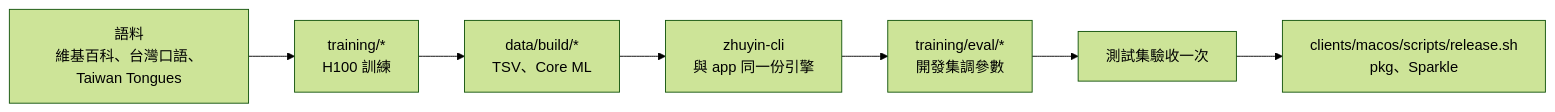
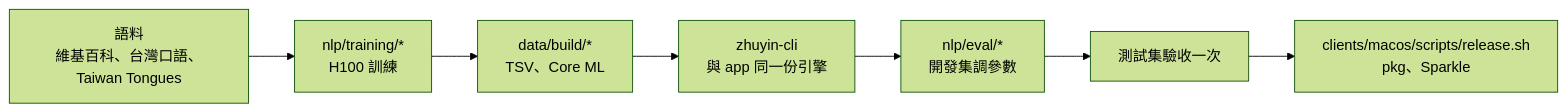
Before and after one commit to henry753951/ZhuyinType: the sixth of 6 diagrams in docs/ARCHITECTURE.md, drawn with Mermaid (forest theme). The commit also changed other lines of this file and 276 other files, not shown here.

First line of the commit message:
Move training/ into nlp/: nlp/training, nlp/eval, nlp/remote

````diff
--- a/docs/ARCHITECTURE.md
+++ b/docs/ARCHITECTURE.md
@@ -133,9 +133,9 @@
 ```mermaid
 flowchart LR
-    D["語料<br/>維基百科、台灣口語、Taiwan Tongues"] --> T["training/*<br/>H100 訓練"]
+    D["語料<br/>維基百科、台灣口語、Taiwan Tongues"] --> T["nlp/training/*<br/>H100 訓練"]
     T --> B["data/build/*<br/>TSV、Core ML"]
     B --> CLI["zhuyin-cli<br/>與 app 同一份引擎"]
-    CLI --> E["training/eval/*<br/>開發集調參數"]
+    CLI --> E["nlp/eval/*<br/>開發集調參數"]
     E --> X["測試集驗收一次"]
     X --> APP["clients/macos/scripts/release.sh<br/>pkg、Sparkle"]
 ```
````
